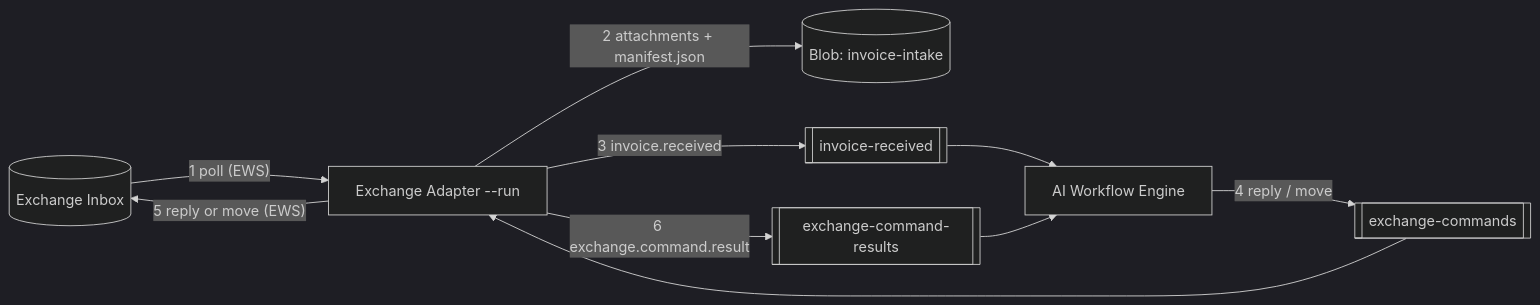
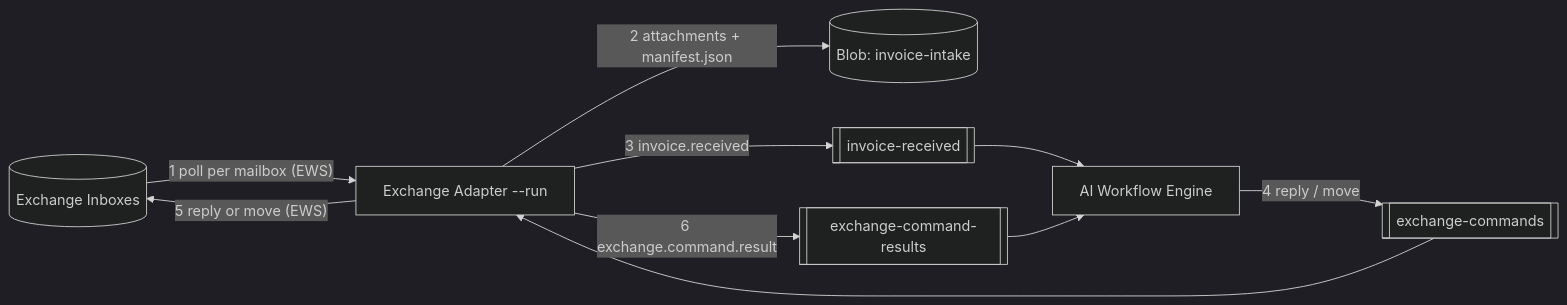
Before and after one commit to rutzsco/ExchangeIntegration: the diagram in README.md, drawn with Mermaid (dark theme). The commit also changed other lines of this file and 16 other files, not shown here.

````diff
--- a/README.md
+++ b/README.md
@@ -273,12 +329,12 @@
 ```mermaid
 flowchart LR
-    Inbox[(Exchange Inbox)] -- "1 poll (EWS)" --> Adapter[Exchange Adapter --run]
+    Inbox[(Exchange Inboxes)] -- "1 poll per mailbox (EWS)" --> Adapter[Exchange Adapter --run]
     Adapter -- "2 attachments + manifest.json" --> Blob[(Blob: invoice-intake)]
     Adapter -- "3 invoice.received" --> Q1[[invoice-received]]
     Q1 --> Engine[AI Workflow Engine]
     Engine -- "4 reply / move" --> Q2[[exchange-commands]]
     Q2 --> Adapter
     Adapter -- "5 reply or move (EWS)" --> Inbox
     Adapter -- "6 exchange.command.result" --> Q3[[exchange-command-results]]
     Q3 --> Engine
 ```
````
